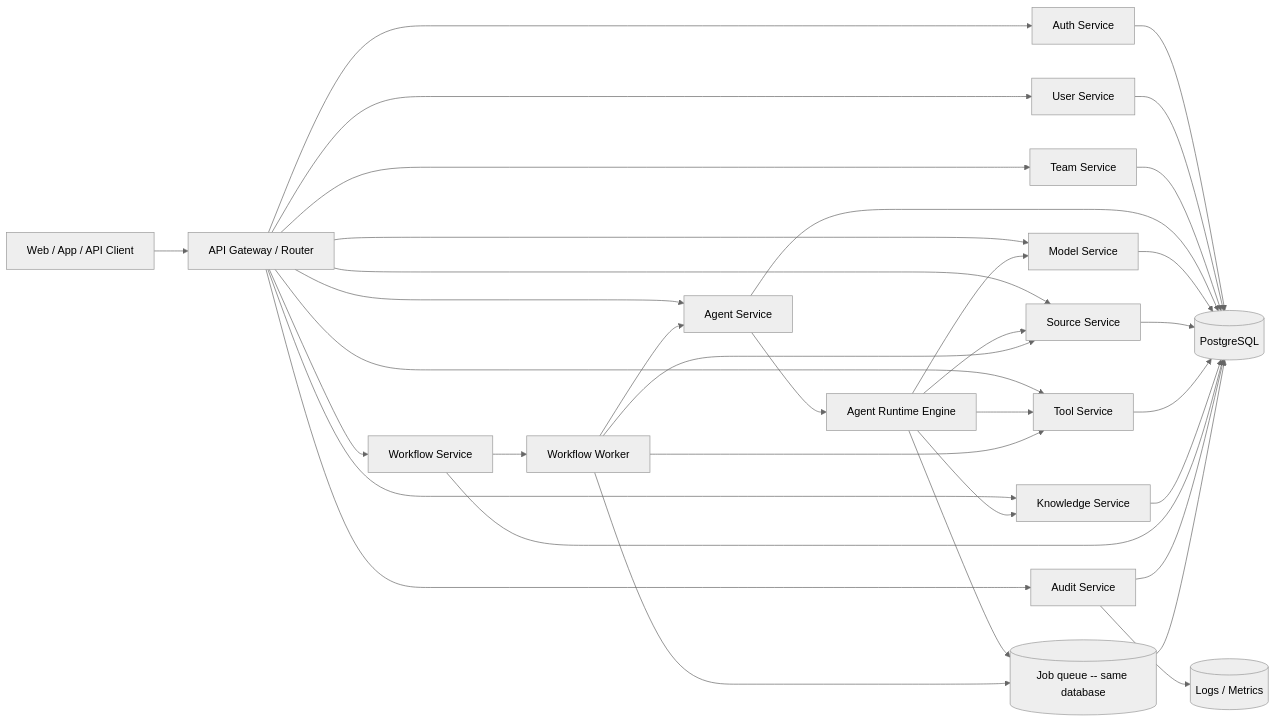
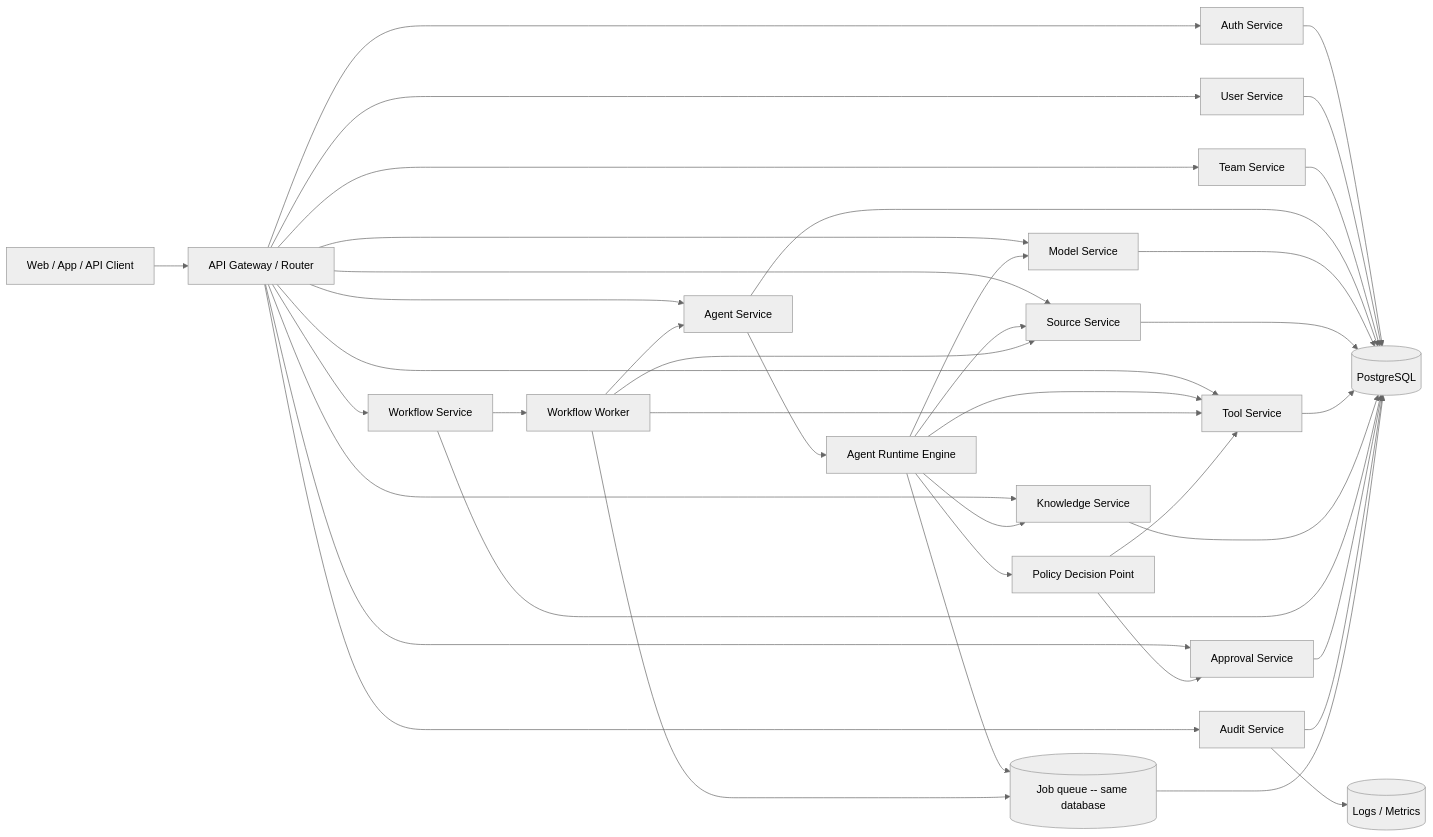
One commit to GreatRedem/TeamAgent changed the first of 3 diagrams in docs/16-backend-architecture.md. Above: the diagram before and after it, drawn with Mermaid (neutral theme). The commit also changed other lines of this file and 21 other files, not shown here.

````diff
--- a/docs/16-backend-architecture.md
+++ b/docs/16-backend-architecture.md
@@ -7,40 +7,45 @@
 ```mermaid
 flowchart LR
     Client[Web / App / API Client] --> Gateway[API Gateway / Router]
     Gateway --> Auth[Auth Service]
     Gateway --> User[User Service]
     Gateway --> Team[Team Service]
     Gateway --> Agent[Agent Service]
     Gateway --> Model[Model Service]
     Gateway --> Source[Source Service]
     Gateway --> Tool[Tool Service]
     Gateway --> Knowledge[Knowledge Service]
     Gateway --> Workflow[Workflow Service]
+    Gateway --> Approval[Approval Service]
     Gateway --> Audit[Audit Service]
 
     Agent --> Runtime[Agent Runtime Engine]
     Runtime --> Model
     Runtime --> Tool
     Runtime --> Knowledge
     Runtime --> Source
     Workflow --> Worker[Workflow Worker]
     Worker --> Agent
     Worker --> Tool
     Worker --> Source
 
     Auth --> DB[(PostgreSQL)]
     User --> DB
     Team --> DB
     Agent --> DB
     Model --> DB
     Source --> DB
     Tool --> DB
     Knowledge --> DB
     Workflow --> DB
+    Approval --> DB
     Audit --> DB
 
+    Runtime --> PDP[Policy Decision Point]
+    PDP --> Tool
+    PDP --> Approval
     Runtime --> Queue[(Job queue -- same database)]
     Worker --> Queue
     Queue --> DB
     Audit --> Logs[(Logs / Metrics)]
 ```
````
